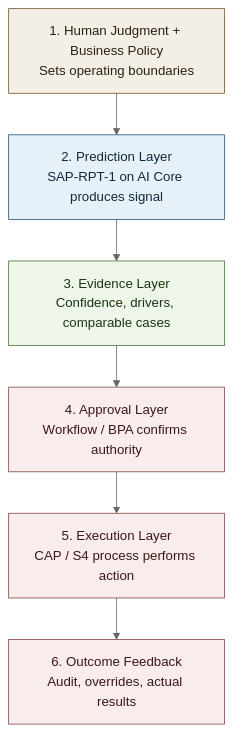
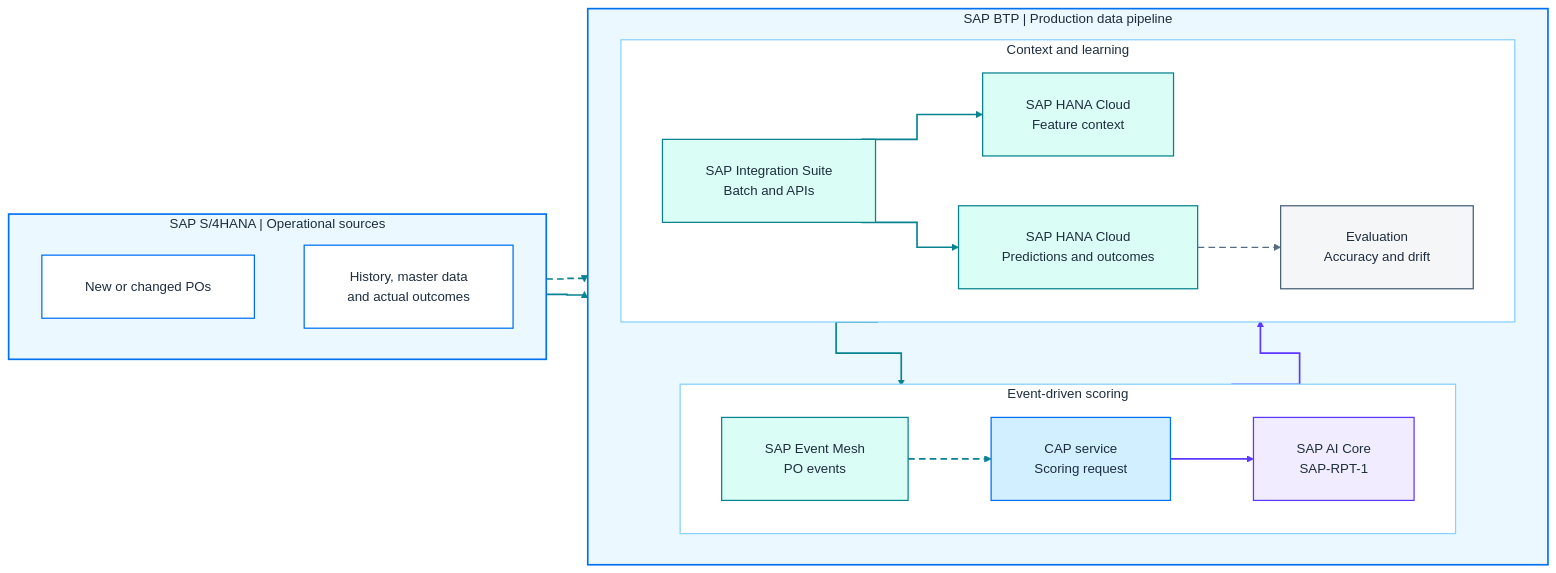
The second of 2 diagrams in architecture_playbook.md (jayxml/2608_atlanta), drawn with Mermaid (neutral theme) before and after one commit. The commit also changed other lines of this file and 2 other files, not shown here.

Commit message:
updated playbook and diagrams

````diff
--- a/architecture_playbook.md
+++ b/architecture_playbook.md
@@ -210,21 +145,60 @@
 ```mermaid
-flowchart TD
-   A["1. Human Judgment + Business Policy<br/>Sets operating boundaries"]
-   B["2. Prediction Layer<br/>SAP-RPT-1 on AI Core produces signal"]
-   C["3. Evidence Layer<br/>Confidence, drivers, comparable cases"]
-   D["4. Approval Layer<br/>Workflow / BPA confirms authority"]
-   E["5. Execution Layer<br/>CAP / S4 process performs action"]
-   F["6. Outcome Feedback<br/>Audit, overrides, actual results"]
+%%{init: {"flowchart": {"curve": "stepAfter", "nodeSpacing": 60, "rankSpacing": 50, "padding": 26}}}%%
+flowchart LR
+    subgraph S4["SAP S/4HANA | Operational sources"]
+        direction TB
+        PO["New or changed POs"]
+        HISTORY["History, master data<br/>and actual outcomes"]
+    end
 
-   A --> B --> C --> D --> E --> F
+    subgraph BTP["SAP BTP | Production data pipeline"]
+        direction TB
 
-   classDef policy fill:#f3efe6,stroke:#7a5c2e,color:#2b2113,stroke-width:1px;
-   classDef ai fill:#e6f0f8,stroke:#2f5d7c,color:#102a3a,stroke-width:1px;
-   classDef evidence fill:#eef6ea,stroke:#4f7a3a,color:#1d3313,stroke-width:1px;
-   classDef action fill:#f8ecec,stroke:#8a4b4b,color:#3c1717,stroke-width:1px;
+        subgraph EVENTLANE["Event-driven scoring"]
+            direction LR
+            EM["SAP Event Mesh<br/>PO events"]
+            CAP["CAP service<br/>Scoring request"]
+            RPT["SAP AI Core<br/>SAP-RPT-1"]
+        end
 
-   class A policy;
-   class B ai;
-   class C evidence;
-   class D,E,F action;
+        subgraph CONTEXTLANE["Context and learning"]
+            direction LR
+            IS["SAP Integration Suite<br/>Batch and APIs"]
+            FEATURES["SAP HANA Cloud<br/>Feature context"]
+            RESULTS["SAP HANA Cloud<br/>Predictions and outcomes"]
+            EVALUATE["Evaluation<br/>Accuracy and drift"]
+        end
+    end
+
+    PO -.-> EM
+    HISTORY --> IS
+    EM -.-> CAP
+    IS --> FEATURES
+    FEATURES --> CAP
+    CAP --> RPT
+    RPT --> RESULTS
+    IS --> RESULTS
+    RESULTS -.-> EVALUATE
+
+    classDef core fill:#FFFFFF,stroke:#0070F2,color:#1D2D3E,stroke-width:1.5px;
+    classDef data fill:#DAFDF5,stroke:#07838F,color:#1D2D3E,stroke-width:1.5px;
+    classDef application fill:#D1EFFF,stroke:#0070F2,color:#1D2D3E,stroke-width:1.5px;
+    classDef ai fill:#F1ECFF,stroke:#5D36FF,color:#1D2D3E,stroke-width:1.5px;
+    classDef monitor fill:#F5F6F7,stroke:#475E75,color:#1D2D3E,stroke-width:1.5px;
+
+    class PO,HISTORY core;
+    class EM,IS,FEATURES,RESULTS data;
+    class CAP application;
+    class RPT ai;
+    class EVALUATE monitor;
+
+    style S4 fill:#EBF8FF,stroke:#0070F2,stroke-width:2px,color:#1D2D3E
+    style BTP fill:#EBF8FF,stroke:#0070F2,stroke-width:2px,color:#1D2D3E
+    style EVENTLANE fill:#FFFFFF,stroke:#89D1FF,stroke-width:1.5px,color:#1D2D3E
+    style CONTEXTLANE fill:#FFFFFF,stroke:#89D1FF,stroke-width:1.5px,color:#1D2D3E
+
+    linkStyle 0,2 stroke:#07838F,stroke-width:2px,stroke-dasharray:8 5;
+    linkStyle 1,3,4,7 stroke:#07838F,stroke-width:2px;
+    linkStyle 5,6 stroke:#5D36FF,stroke-width:2px;
+    linkStyle 8 stroke:#556B82,stroke-width:1.5px,stroke-dasharray:8 5;
 ```
````
